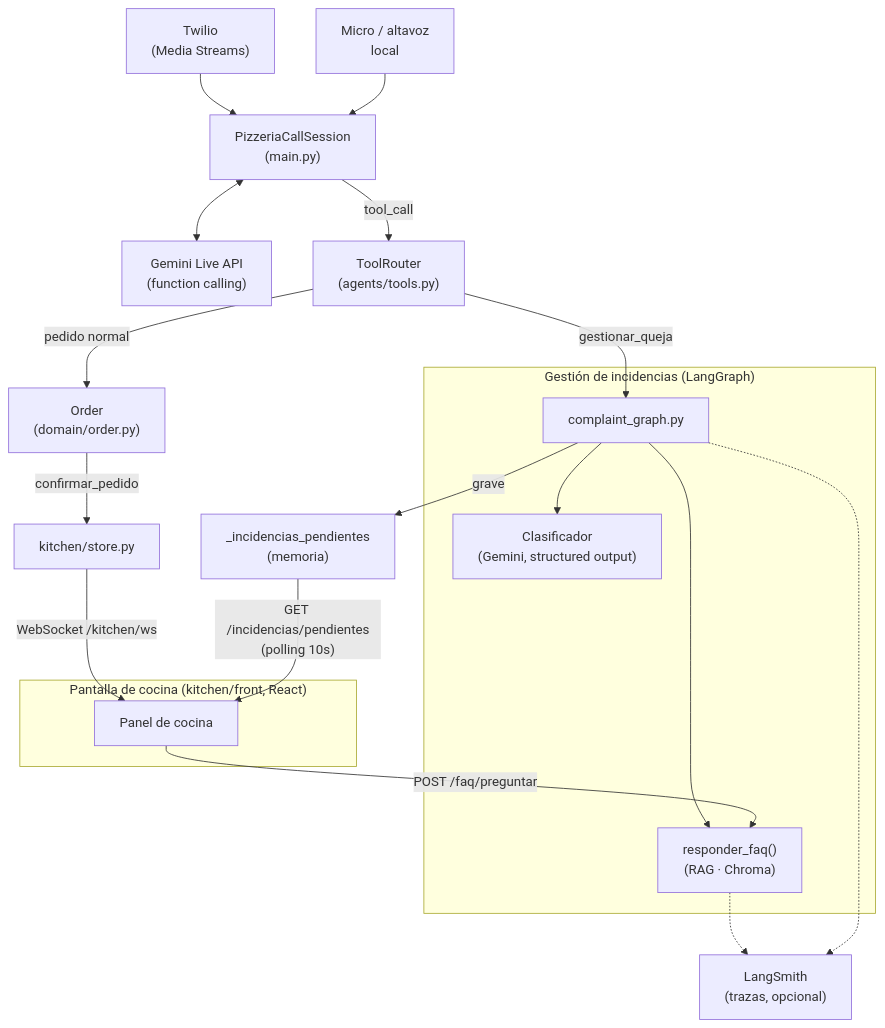
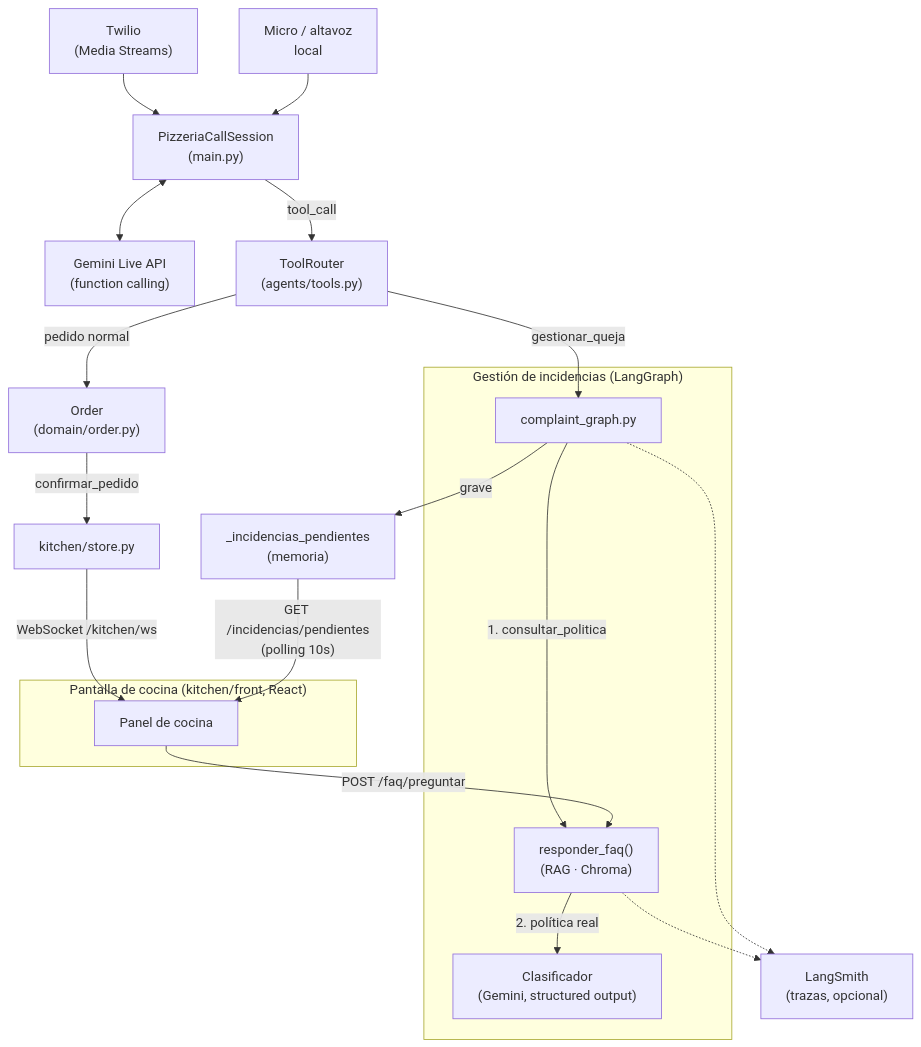
The diagram in README.md (jvdzrtz/pizzAI), drawn with Mermaid before and after one commit.

````diff
--- a/README.md
+++ b/README.md
@@ -45,40 +45,40 @@
 ```mermaid
 flowchart TB
     Twilio["Twilio<br/>(Media Streams)"]
     Mic["Micro / altavoz<br/>local"]
     Session["PizzeriaCallSession<br/>(main.py)"]
     Gemini["Gemini Live API<br/>(function calling)"]
     Router["ToolRouter<br/>(agents/tools.py)"]
     Order["Order<br/>(domain/order.py)"]
     KitchenStore["kitchen/store.py"]
 
     Twilio --> Session
     Mic --> Session
     Session <--> Gemini
     Session -- tool_call --> Router
     Router -- "pedido normal" --> Order
     Order -- confirmar_pedido --> KitchenStore
 
     subgraph Incidencias["Gestión de incidencias (LangGraph)"]
         Graph["complaint_graph.py"]
         FAQ["responder_faq()<br/>(RAG · Chroma)"]
         LLM["Clasificador<br/>(Gemini, structured output)"]
-        Graph --> FAQ
-        Graph --> LLM
+        Graph -- "1. consultar_politica" --> FAQ
+        FAQ -- "2. política real" --> LLM
     end
 
     Router -- gestionar_queja --> Graph
     Graph -- grave --> Incid["_incidencias_pendientes<br/>(memoria)"]
 
     subgraph Cocina["Pantalla de cocina (kitchen/front, React)"]
         UI["Panel de cocina"]
     end
 
     KitchenStore -- "WebSocket /kitchen/ws" --> UI
     Incid -- "GET /incidencias/pendientes<br/>(polling 10s)" --> UI
     UI -- "POST /faq/preguntar" --> FAQ
 
     LangSmith["LangSmith<br/>(trazas, opcional)"]
     FAQ -.-> LangSmith
     Graph -.-> LangSmith
 ```
````
